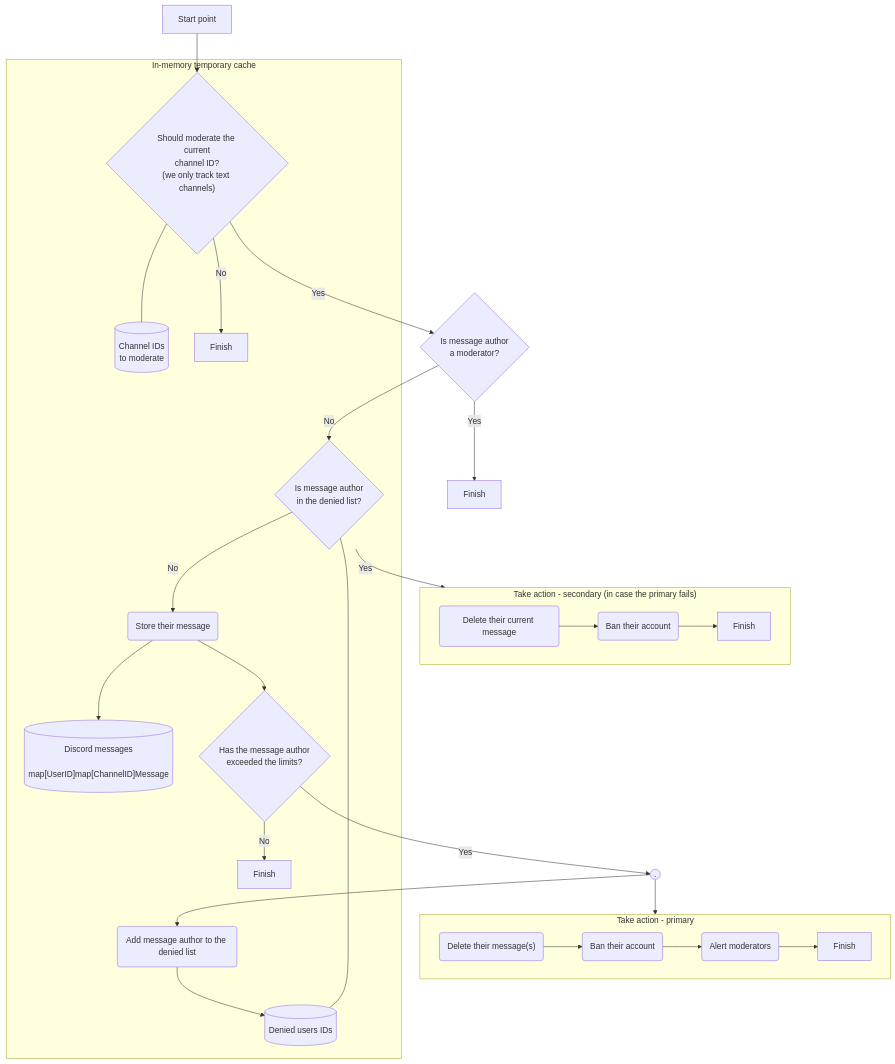
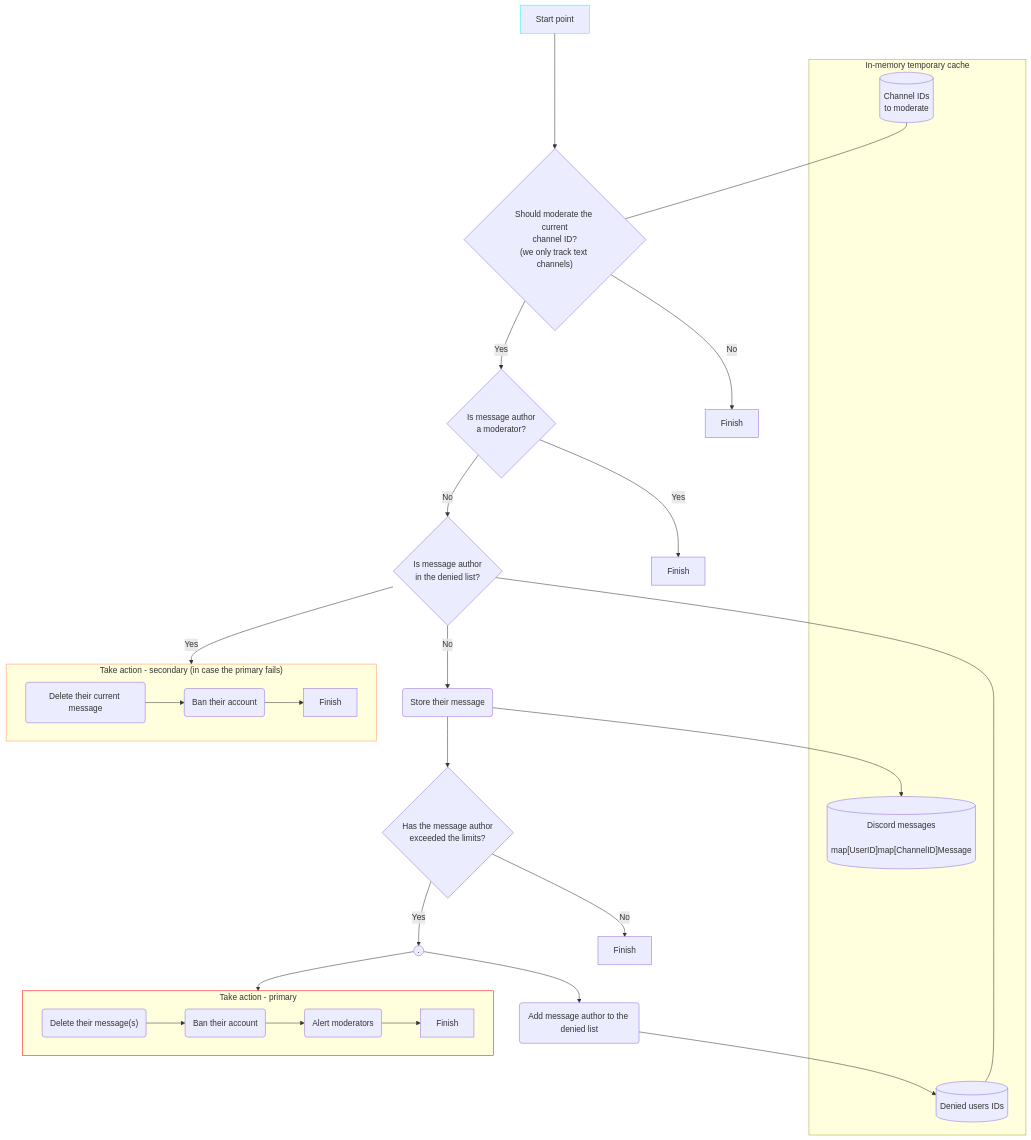
Before and after one commit to nestjs-discord/utility-bot: the second of 2 diagrams in README.md, drawn with Mermaid. The commit also changed other lines of this file, not shown here.

Commit message:
docs(readme): improved the auto-mod flow diagram

````diff
--- a/README.md
+++ b/README.md
@@ -96,59 +97,56 @@
 ```mermaid
 flowchart TD
+%% classes
+    classDef orange stroke: #f96
+    classDef green stroke: #0f0
+    classDef cyan stroke: #0ff
+    classDef red stroke: #f00
 %% start point
-    start["Start point"]
-    start --> shouldTrackChannelID
-    shouldTrackChannelID -->|" Yes "| isUserModerator
-    isUserModerator{"Is message author\na moderator?"}
+    start["Start point"]:::cyan
+    start ---> shouldTrackChannelID{"Should moderate the current\nchannel ID?\n(we only track text channels)"}
+%% channels to track
+    shouldTrackChannelID -->|" No "| finish-2["Finish"]
+    shouldTrackChannelID -->|" Yes "| isUserModerator{"Is message author\na moderator?"}
+    channelsToTrack --- shouldTrackChannelID
     isUserModerator -->|" Yes "| finish-1["Finish"]
     isUserModerator -->|" No "| isUserInDeniedList
+%% denied list
+    deniedList --- isUserInDeniedList{"Is message author\nin the denied list?"}
+    isUserInDeniedList -->|" No "| storeTheirMessage("Store their message")
+    isUserInDeniedList -->|" Yes "| take-action-secondary
+    addUserToDeniedList("Add message author to the denied list")
+    addUserToDeniedList --> deniedList
+%% Messages
+    storeTheirMessage --> messages
+    storeTheirMessage --> hasExceededMessageLimits
+    hasExceededMessageLimits{"Has the message author\nexceeded the limits?"}
+    hasExceededMessageLimits -->|" No "| finish-4["Finish"]
+    hasExceededMessageLimits -->|" Yes "| take-action-primary-hub
+    take-action-primary-hub(("."))
+    take-action-primary-hub --> take-action-primary
+    take-action-primary-hub --> addUserToDeniedList
+
+    subgraph In-memory temporary cache
+        channelsToTrack[("Channel IDs\nto moderate")]
+        messages[("Discord messages\n\nmap[UserID]map[ChannelID]Message")]
+        deniedList[("Denied users IDs")]
+    end
 
     subgraph take-action-primary["Take action - primary"]
+        class take-action-primary red
         deleteTheirMessages("Delete their message(s)")
         banThem("Ban their account")
         alertModerators("Alert moderators")
-        
         deleteTheirMessages --> banThem
         banThem --> alertModerators
         alertModerators --> finish-5["Finish"]
     end
 
     subgraph take-action-secondary["Take action - secondary (in case the primary fails)"]
+        class take-action-secondary orange
         deleteTheirMessage("Delete their current message")
         banThemAgain("Ban their account")
         deleteTheirMessage --> banThemAgain
         banThemAgain --> finish-3["Finish"]
     end
-
-    subgraph In-memory temporary cache
-%%        subgraph Databases
-            channelsToTrack[("Channel IDs\nto moderate")]
-            messages[("Discord messages\n\nmap[UserID]map[ChannelID]Message")]
-            deniedList[("Denied users IDs")]
-%%        end
-
-    %% channels to track
-        shouldTrackChannelID{"Should moderate the current\nchannel ID?\n(we only track text channels)"}
-        shouldTrackChannelID -->|" No "| finish-2["Finish"]
-        shouldTrackChannelID --- channelsToTrack
-    %% denied list
-        deniedList --- isUserInDeniedList
-        isUserInDeniedList{"Is message author\nin the denied list?"}
-        
-        addUserToDeniedList("Add message author to the denied list")
-        addUserToDeniedList --> deniedList
-
-    %% Messages
-        storeTheirMessage --> messages
-        storeTheirMessage --> hasExceededMessageLimits
-        hasExceededMessageLimits{"Has the message author\nexceeded the limits?"}
-        hasExceededMessageLimits -->|" No "| finish-4["Finish"]
-    end
-
-    isUserInDeniedList -->|" Yes "| take-action-secondary
-    isUserInDeniedList -->|" No "| storeTheirMessage("Store their message")
-    hasExceededMessageLimits -->|" Yes "| take-action-primary-hub
-    take-action-primary-hub(("."))
-    take-action-primary-hub --> take-action-primary
-    take-action-primary-hub --> addUserToDeniedList
 ```
````
